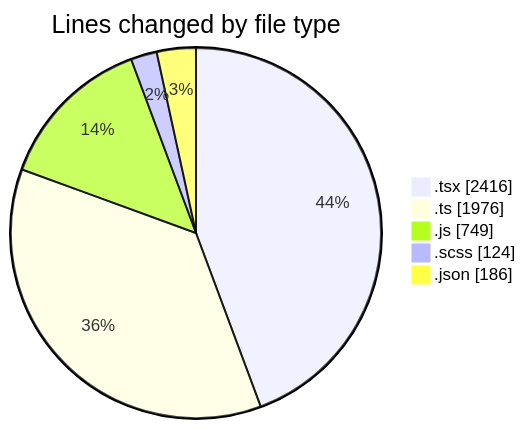
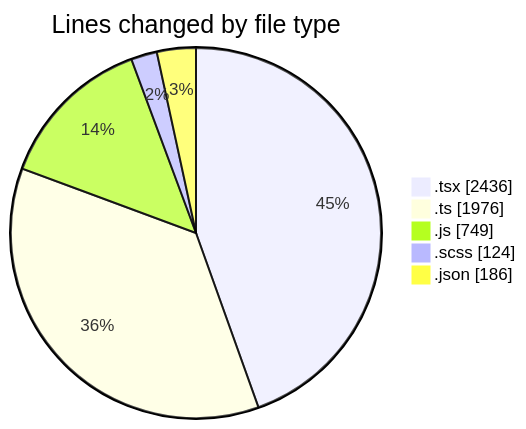
The first of 2 diagrams in 2026-06-11/cda/README.md (momahboobian/code-tracking), drawn with Mermaid before and after one commit. The commit also changed other lines of this file and 1 other file, not shown here.

````diff
--- a/2026-06-11/cda/README.md
+++ b/2026-06-11/cda/README.md
@@ -54,9 +54,9 @@
 ```mermaid
 pie showData
 title Lines changed by file type
-".tsx" : 2416
+".tsx" : 2436
 ".ts" : 1976
 ".js" : 749
 ".scss" : 124
 ".json" : 186
 ```
````
